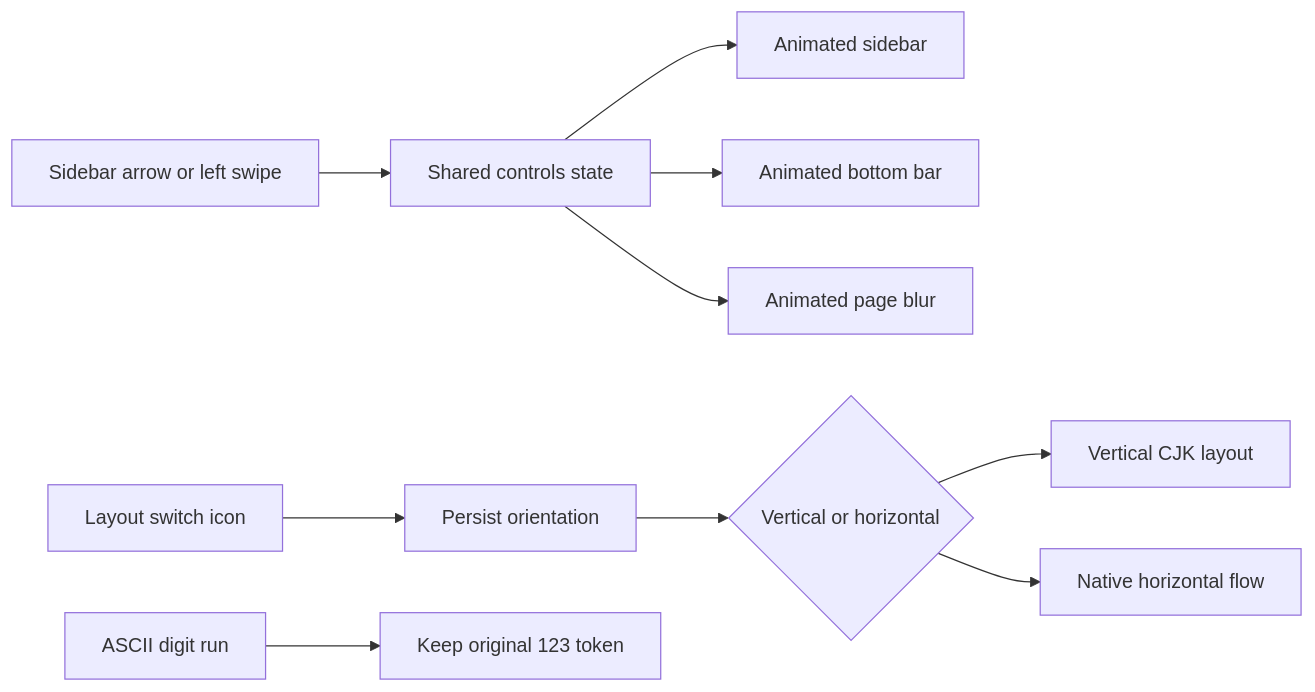
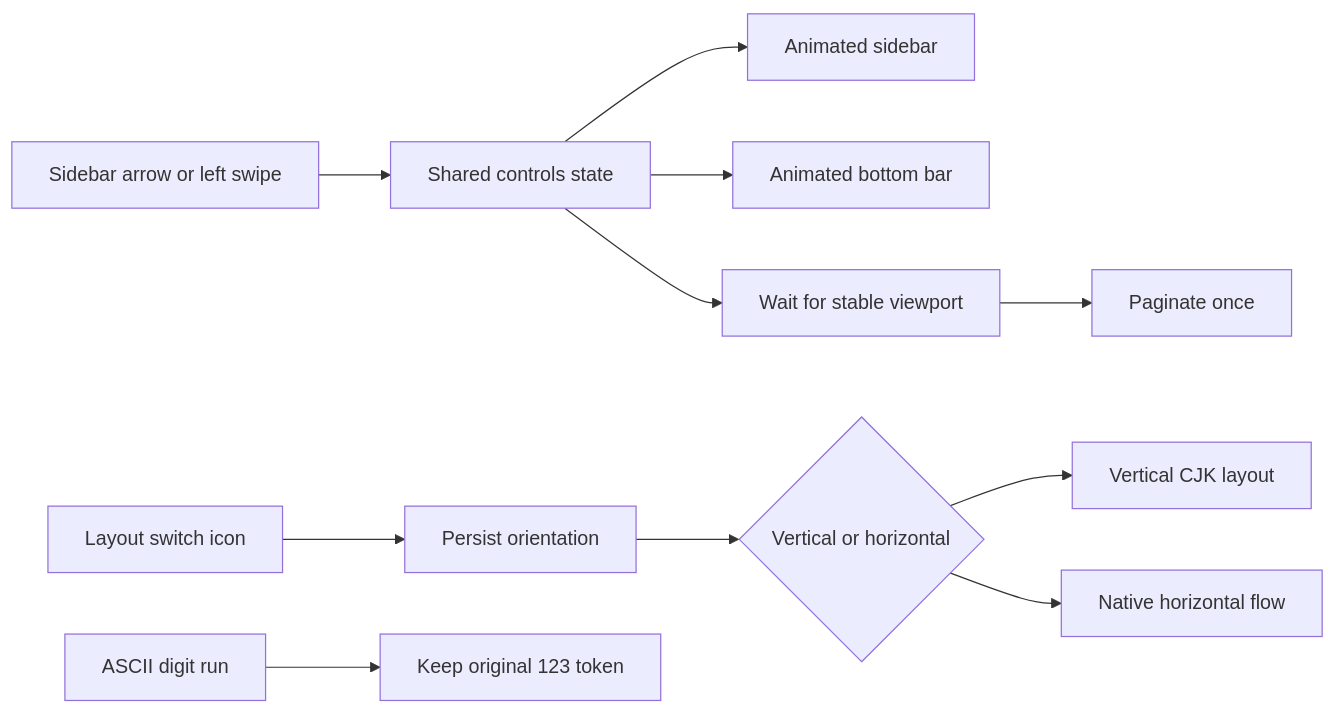
One commit to Philthink/philread changed the sixth of 6 diagrams in README.md. Above: the diagram before and after it, drawn with Mermaid. The commit also changed other lines of this file and 7 other files, not shown here.

````diff
--- a/README.md
+++ b/README.md
@@ -190,12 +196,13 @@
 ```mermaid
 flowchart LR
     Arrow[Sidebar arrow or left swipe] --> Controls[Shared controls state]
     Controls --> Sidebar[Animated sidebar]
     Controls --> Bottom[Animated bottom bar]
-    Controls --> Blur[Animated page blur]
+    Controls --> Stable[Wait for stable viewport]
+    Stable --> Repaginate[Paginate once]
     Switch[Layout switch icon] --> Orientation[Persist orientation]
     Orientation --> Mode{Vertical or horizontal}
     Mode --> Vertical[Vertical CJK layout]
     Mode --> Horizontal[Native horizontal flow]
     Digits[ASCII digit run] --> Token[Keep original 123 token]
 ```
````
